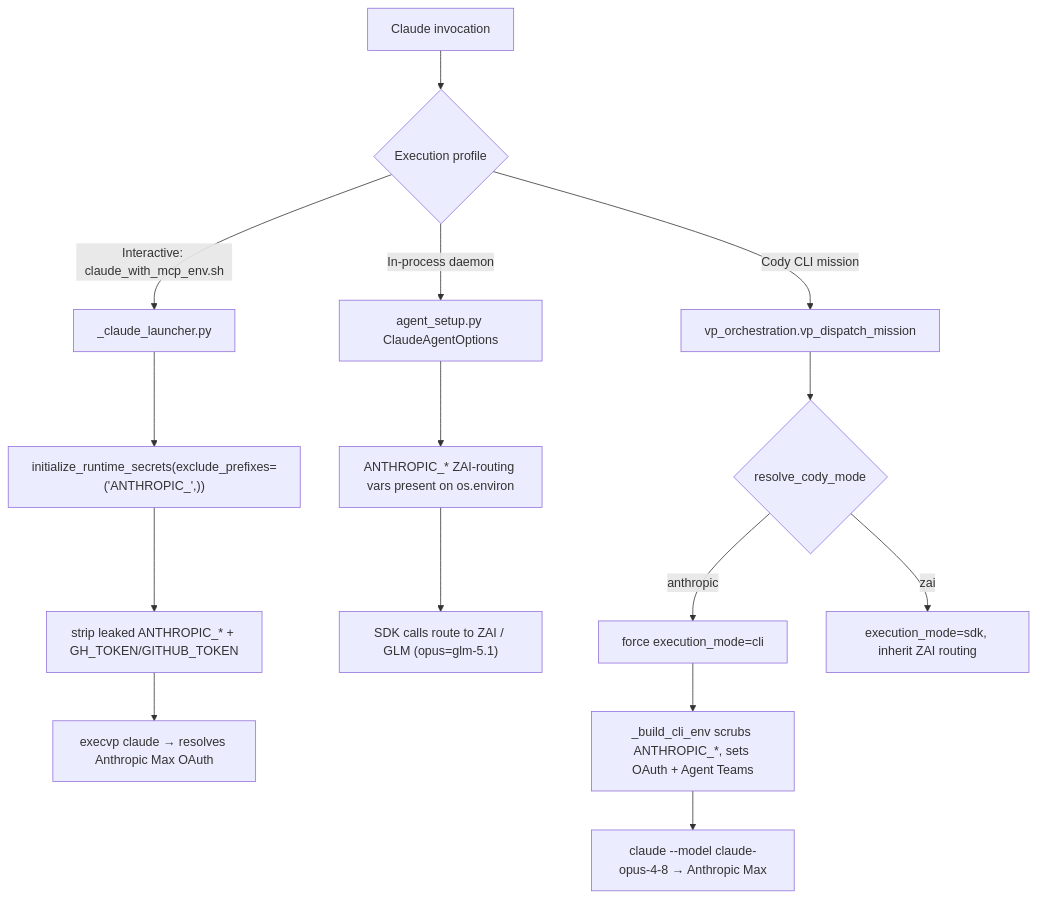
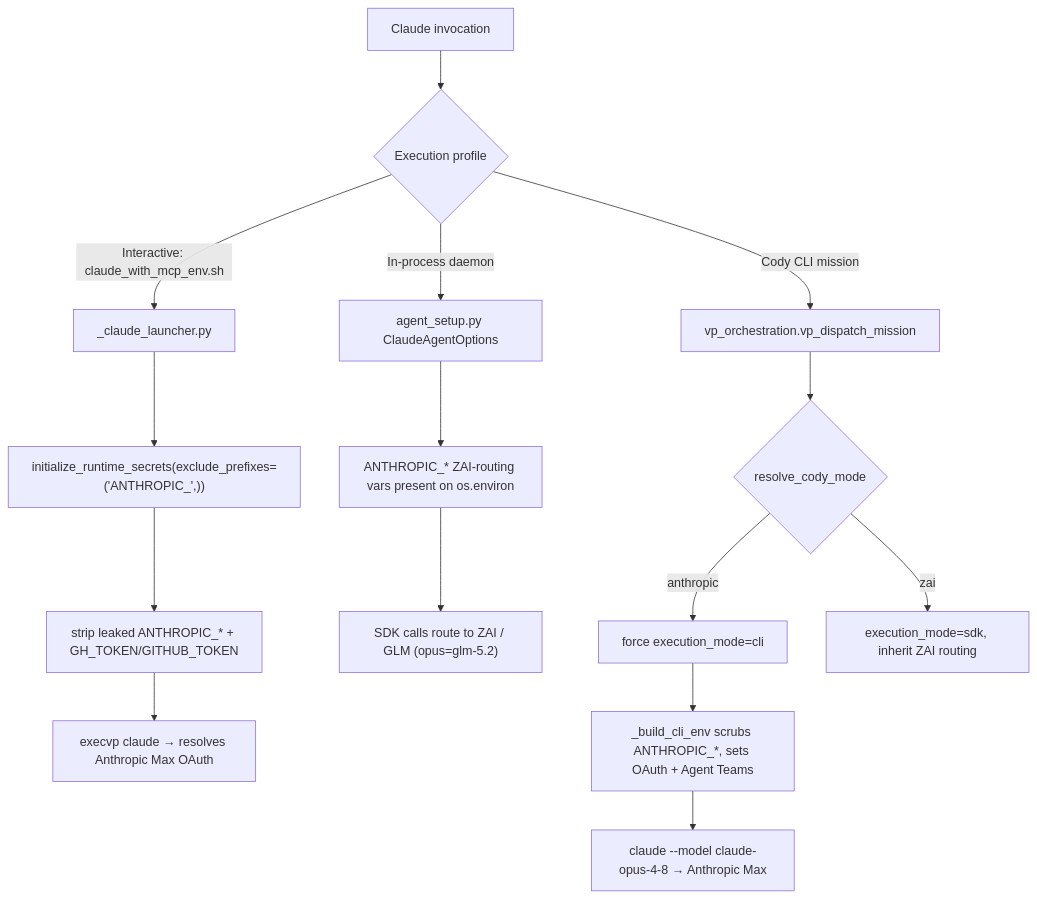
Before and after one commit to Kjdragan/universal_agent: the second of 2 diagrams in project_docs/01_architecture/04_model_choice_and_resolution.md, drawn with Mermaid. The commit also changed other lines of this file and 1 other file, not shown here.

First line of the commit message:
feat(zai): institute glm-5.2 as the opus-tier model (migrated from glm-5.1)

````diff
--- a/project_docs/01_architecture/04_model_choice_and_resolution.md
+++ b/project_docs/01_architecture/04_model_choice_and_resolution.md
@@ -333,19 +337,19 @@
 ```mermaid
 flowchart TD
     A[Claude invocation] --> B{Execution profile}
     B -->|Interactive: claude_with_mcp_env.sh| C[_claude_launcher.py]
     C --> C1["initialize_runtime_secrets(exclude_prefixes=('ANTHROPIC_',))"]
     C1 --> C2["strip leaked ANTHROPIC_* + GH_TOKEN/GITHUB_TOKEN"]
     C2 --> C3["execvp claude → resolves Anthropic Max OAuth"]
 
     B -->|In-process daemon| D["agent_setup.py ClaudeAgentOptions"]
     D --> D1["ANTHROPIC_* ZAI-routing vars present on os.environ"]
-    D1 --> D2["SDK calls route to ZAI / GLM (opus=glm-5.1)"]
+    D1 --> D2["SDK calls route to ZAI / GLM (opus=glm-5.2)"]
 
     B -->|Cody CLI mission| E["vp_orchestration.vp_dispatch_mission"]
     E --> E1{resolve_cody_mode}
     E1 -->|anthropic| E2["force execution_mode=cli"]
     E2 --> E3["_build_cli_env scrubs ANTHROPIC_*, sets OAuth + Agent Teams"]
     E3 --> E4["claude --model claude-opus-4-8 → Anthropic Max"]
     E1 -->|zai| E5["execution_mode=sdk, inherit ZAI routing"]
 ```
````
